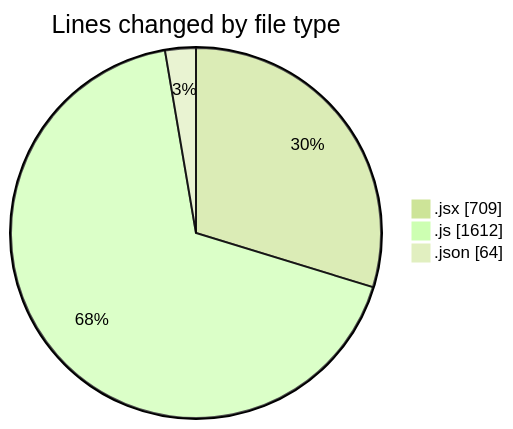
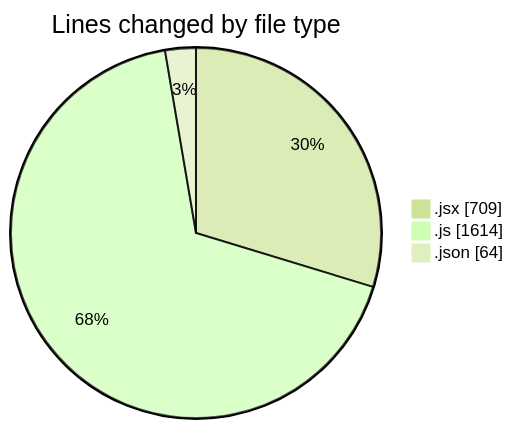
The first of 2 diagrams in 2025-11-05/nxtqube_webapp/README.md (nxtqubesakshisongat/code-tracking), drawn with Mermaid (forest theme) before and after one commit. The commit also changed other lines of this file and 1 other file, not shown here.

````diff
--- a/2025-11-05/nxtqube_webapp/README.md
+++ b/2025-11-05/nxtqube_webapp/README.md
@@ -30,7 +30,7 @@
 ```mermaid
 pie showData
 title Lines changed by file type
 ".jsx" : 709
-".js" : 1612
+".js" : 1614
 ".json" : 64
 ```
````
